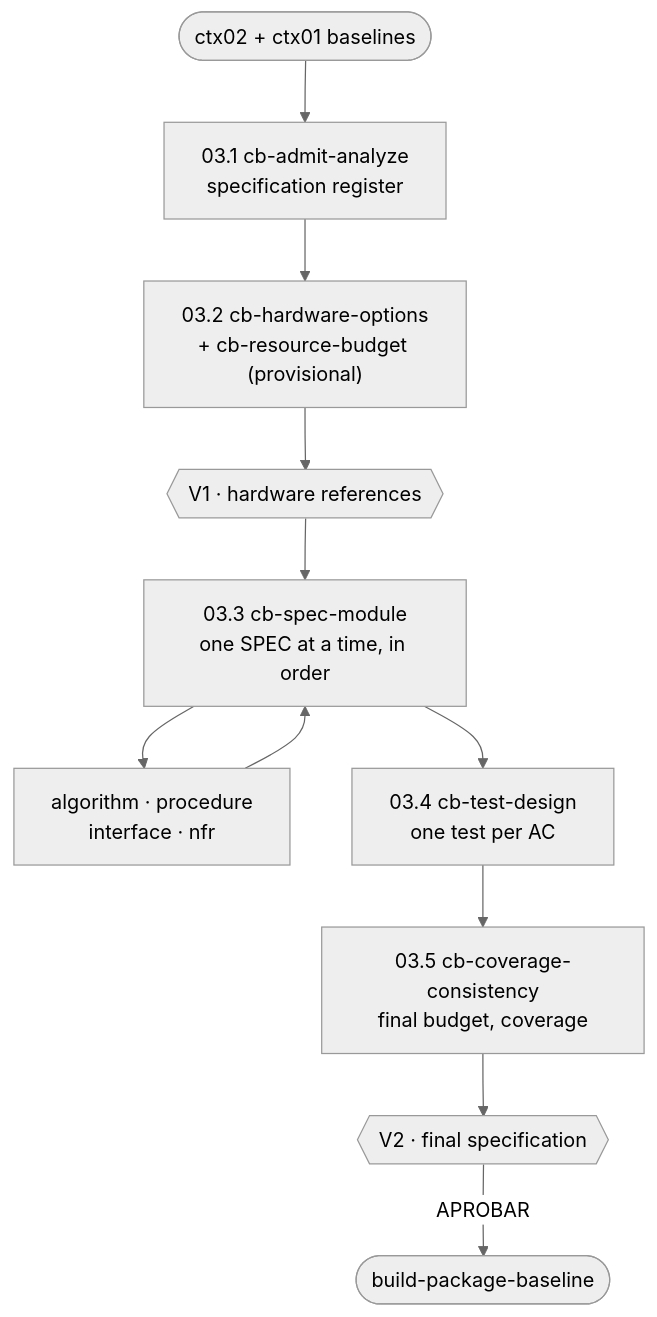
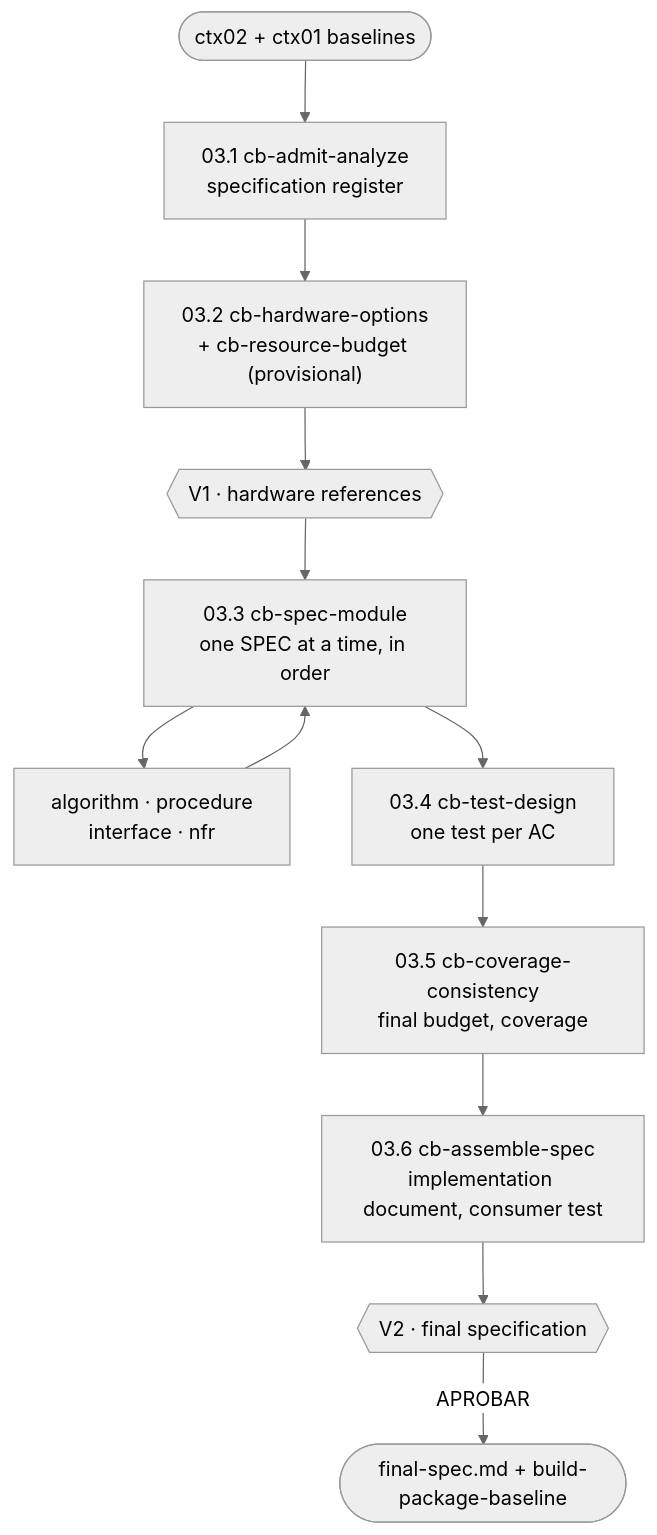
The fifth of 5 diagrams in README.md (mapurito256/Mapurito_AI_driven_SDR_00), drawn with Mermaid (neutral theme) before and after one commit. The commit also changed other lines of this file and 16 other files, not shown here.

Commit message:
update compile build package stage, output format

````diff
--- a/README.md
+++ b/README.md
@@ -168,13 +168,14 @@
 ```mermaid
 flowchart TD
     IN(["ctx02 + ctx01 baselines"]) --> S1["03.1 cb-admit-analyze<br/>specification register"]
     S1 --> S2["03.2 cb-hardware-options<br/>+ cb-resource-budget (provisional)"]
     S2 --> V1{{"V1 · hardware references"}}
     V1 --> S3["03.3 cb-spec-module<br/>one SPEC at a time, in order"]
     S3 --> K["algorithm · procedure<br/>interface · nfr"]
     K --> S3
     S3 --> S4["03.4 cb-test-design<br/>one test per AC"]
     S4 --> S5["03.5 cb-coverage-consistency<br/>final budget, coverage"]
-    S5 --> V2{{"V2 · final specification"}}
-    V2 -- "APROBAR" --> OUT(["build-package-baseline"])
+    S5 --> S6["03.6 cb-assemble-spec<br/>implementation document, consumer test"]
+    S6 --> V2{{"V2 · final specification"}}
+    V2 -- "APROBAR" --> OUT(["final-spec.md + build-package-baseline"])
 ```
````
